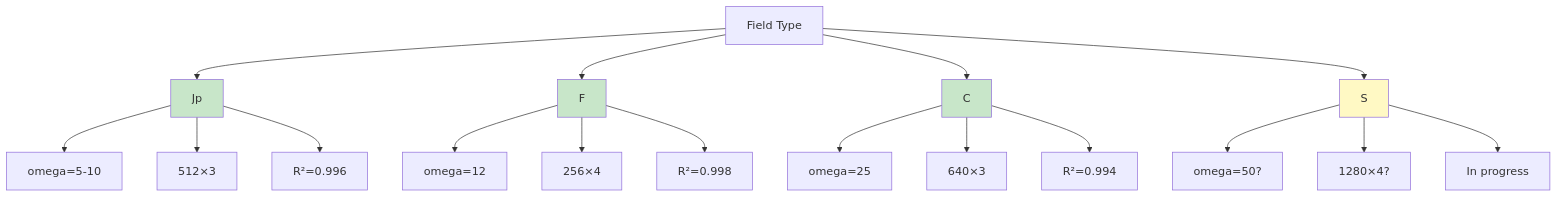
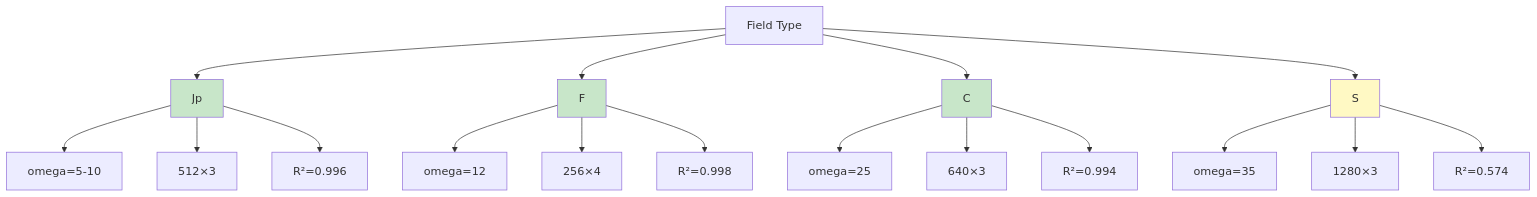
Before and after one commit to saalfeldlab/MPM_pytorch: the diagram in llm-exploration.qmd, drawn with Mermaid. The commit also changed other lines of this file and 3 other files, not shown here.

````diff
--- a/llm-exploration.qmd
+++ b/llm-exploration.qmd
@@ -184,28 +201,28 @@
 ```{mermaid}
 flowchart TD
     A[Field Type] --> B[Jp]
     A --> C[F]
     A --> D[C]
     A --> E[S]
 
     B --> B1[omega=5-10]
     B --> B2[512×3]
     B --> B3[R²=0.996]
 
     C --> C1[omega=12]
     C --> C2[256×4]
     C --> C3[R²=0.998]
 
     D --> D1[omega=25]
     D --> D2[640×3]
     D --> D3[R²=0.994]
 
-    E --> E1[omega=50?]
-    E --> E2[1280×4?]
-    E --> E3[In progress]
+    E --> E1[omega=35]
+    E --> E2[1280×3]
+    E --> E3[R²=0.574]
 
     style B fill:#c8e6c9
     style C fill:#c8e6c9
     style D fill:#c8e6c9
     style E fill:#fff9c4
 ```
````
